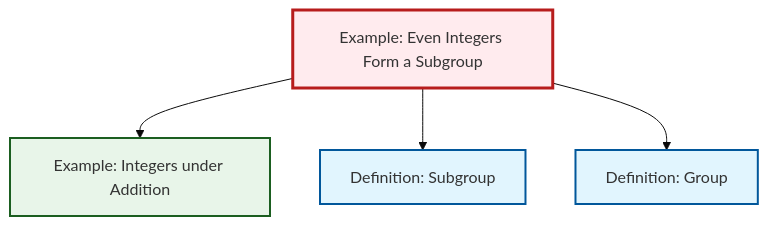
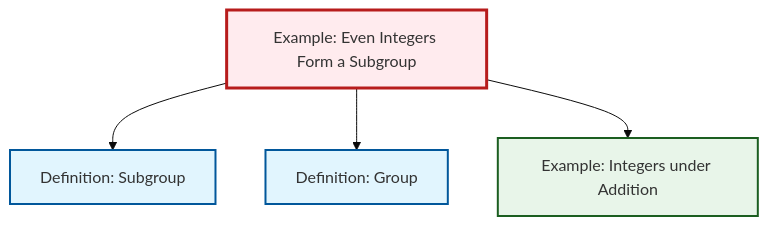
One commit to RK0429/ModernMath changed the diagram in output/mermaid/ex-even-integers-subgroup.mermaid. Above: the diagram before and after it, drawn with Mermaid (base theme). The commit also changed other lines of this file and 1118 other files, not shown here.

````diff
--- a/output/mermaid/ex-even-integers-subgroup.mermaid
+++ b/output/mermaid/ex-even-integers-subgroup.mermaid
@@ -1,17 +1,17 @@
 ```{mermaid}
 %%| fig-cap: "Local dependency graph"
 graph TD
     classDef definition fill:#e1f5fe,stroke:#01579b,stroke-width:2px
     classDef theorem fill:#f3e5f5,stroke:#4a148c,stroke-width:2px
     classDef axiom fill:#fff3e0,stroke:#e65100,stroke-width:2px
     classDef example fill:#e8f5e9,stroke:#1b5e20,stroke-width:2px
     classDef current fill:#ffebee,stroke:#b71c1c,stroke-width:3px
+    ex-even-integers-subgroup["Example: Even Integers Form a Subgroup"]:::example
+    ex-integers-addition["Example: Integers under Addition"]:::example
     def-subgroup["Definition: Subgroup"]:::definition
     def-group["Definition: Group"]:::definition
-    ex-integers-addition["Example: Integers under Addition"]:::example
-    ex-even-integers-subgroup["Example: Even Integers Form a Subgroup"]:::example
-    ex-even-integers-subgroup --> ex-integers-addition
     ex-even-integers-subgroup --> def-subgroup
     ex-even-integers-subgroup --> def-group
+    ex-even-integers-subgroup --> ex-integers-addition
     class ex-even-integers-subgroup current
 ```
````
